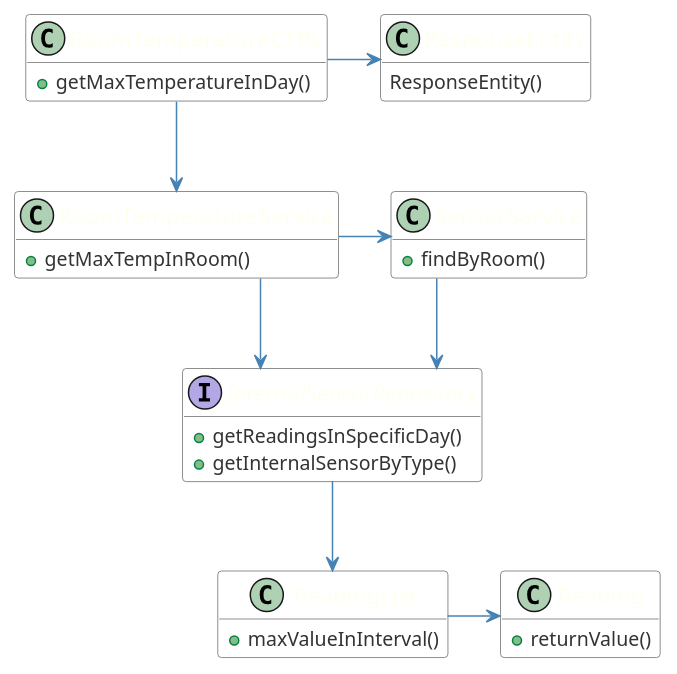
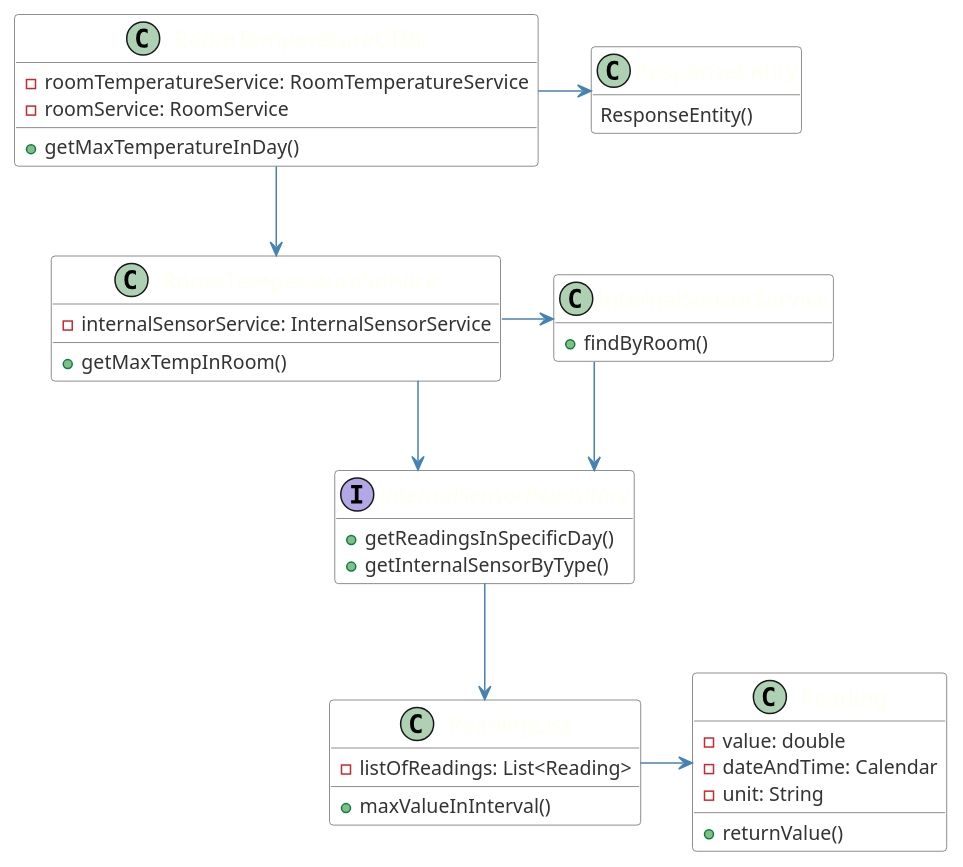
One commit to emanuel-pereira/hou changed the diagram in src/main/java/smarthome/controller/rest/classDiagrams/cd_GetMaxTemperatureInRoom.puml. Above: the diagram before and after it, drawn with PlantUML.

Commit message:
Fix #262: Corrected class diagram of US610

```diff
--- a/src/main/java/smarthome/controller/rest/classDiagrams/cd_GetMaxTemperatureInRoom.puml
+++ b/src/main/java/smarthome/controller/rest/classDiagrams/cd_GetMaxTemperatureInRoom.puml
@@ -1,66 +1,72 @@
 @startuml
 skinparam linetype ortho
 hide empty members
 
 skinparam class {
 	ArrowColor SteelBlue
 	BorderColor Dimgray
 	HeaderBackgroundColor SteelBlue
 	BackgroundColor White
 	FontName Calibri bold
 	AttributeFontColor #333
 	AttributeFontName Calibri
 	AttributeFontSize 13
 	FontColor Ivory
 	FontSize 15
 }
 
 class RoomTemperatureCTRL{
+- roomTemperatureService: RoomTemperatureService
+- roomService: RoomService
 + getMaxTemperatureInDay()
 }
 
 class RoomTemperatureService{
+- internalSensorService: InternalSensorService
 + getMaxTempInRoom()
 
 }
 
-class SensorService{
+class InternalSensorService{
 + findByRoom()
 }
 
 interface InternalSensorRepository{
 + getReadingsInSpecificDay()
 + getInternalSensorByType()
 
 }
 
-
 class ReadingList{
+- listOfReadings: List<Reading>
 + maxValueInInterval()
 }
 
 class Reading {
+- value: double
+- dateAndTime: Calendar
+- unit: String
 + returnValue()
 
 }
 class ResponseEntity{
 ResponseEntity()
 
 }
 
 RoomTemperatureCTRL --> RoomTemperatureService
 
 RoomTemperatureService -> InternalSensorRepository
 
-RoomTemperatureService -> SensorService
+RoomTemperatureService -> InternalSensorService
 
-SensorService --> InternalSensorRepository
+InternalSensorService --> InternalSensorRepository
 
 InternalSensorRepository --> ReadingList
 
 ReadingList -> Reading
 
 RoomTemperatureCTRL -> ResponseEntity
 
 
 @enduml
```
